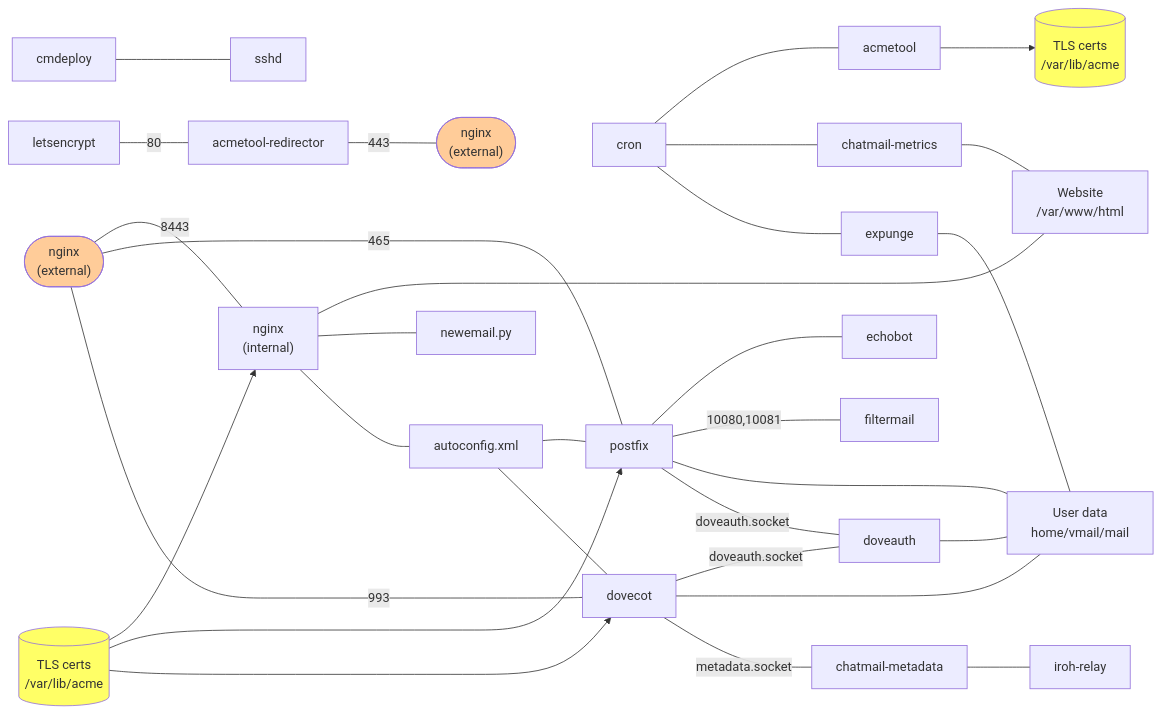
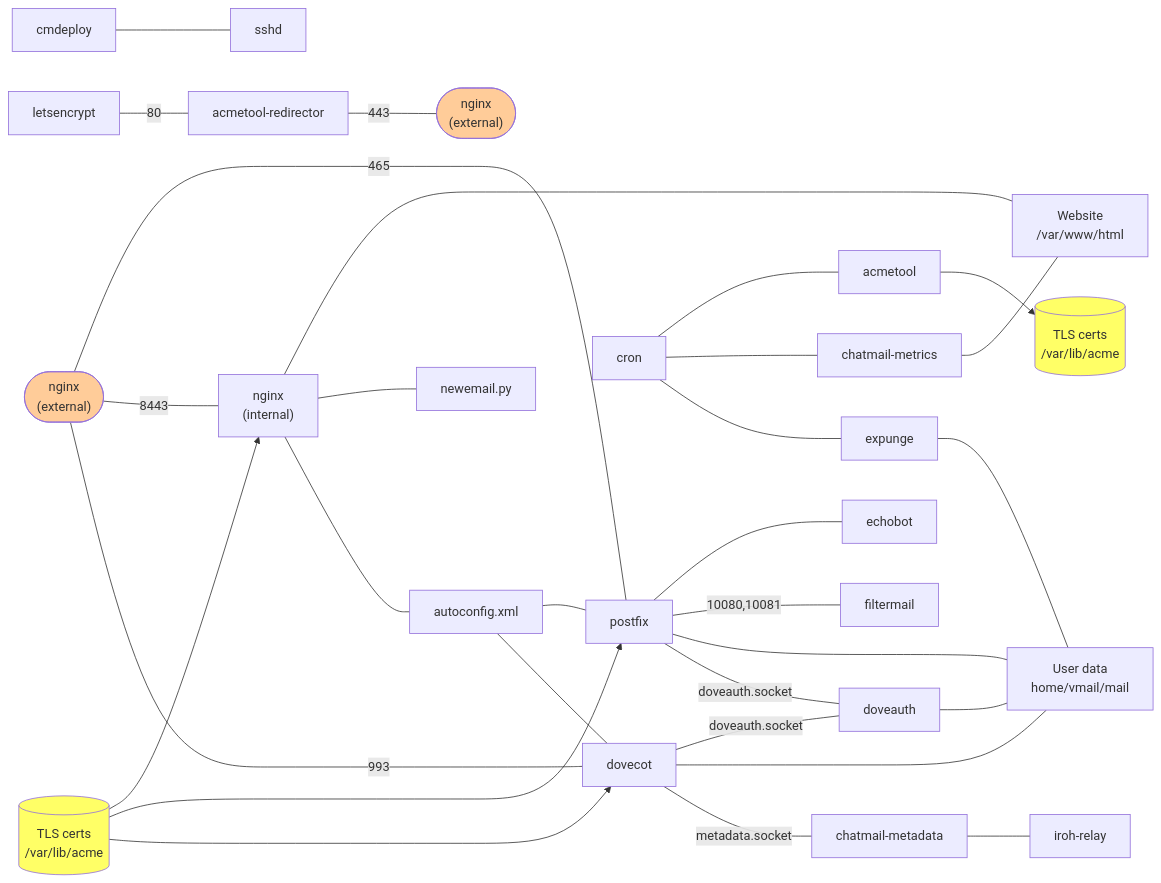
Before and after one commit to cliffmccarthy/chatmail-relay: the diagram in ARCHITECTURE.md, drawn with Mermaid. The commit also changed other lines of this file, not shown here.

````diff
--- a/ARCHITECTURE.md
+++ b/ARCHITECTURE.md
@@ -4,43 +4,43 @@
 ```mermaid
 graph LR;
     cmdeploy --- sshd;
     letsencrypt --- |80|acmetool-redirector;
     acmetool-redirector --- |443|nginx-right(["`nginx
     (external)`"]);
+    nginx --- |465|postfix;
     nginx(["`nginx
     (external)`"]) --- |8443|nginx-internal["`nginx
     (internal)`"];
     nginx-internal --- website["`Website
     /var/www/html`"];
     nginx-internal --- newemail.py;
     nginx-internal --- autoconfig.xml;
     certs-nginx[("`TLS certs
     /var/lib/acme`")] --> nginx-internal;
     cron --- acmetool;
     cron --- chatmail-metrics;
     cron --- expunge;
     chatmail-metrics --- website;
     acmetool --> certs[("`TLS certs
     /var/lib/acme`")];
-    nginx --- |465|postfix;
     nginx --- |993|dovecot;
     autoconfig.xml --- postfix;
     autoconfig.xml --- dovecot;
     postfix --- echobot;
     postfix --- |10080,10081|filtermail;
     postfix --- users["`User data
     home/vmail/mail`"];
     postfix --- |doveauth.socket|doveauth;
     dovecot --- |doveauth.socket|doveauth;
     dovecot --- users;
     dovecot --- |metadata.socket|chatmail-metadata;
     doveauth --- users;
     expunge --- users;
     chatmail-metadata --- iroh-relay;
     certs-nginx --> postfix;
     certs-nginx --> dovecot;
     style certs fill:#ff6;
     style certs-nginx fill:#ff6;
     style nginx fill:#fc9;
     style nginx-right fill:#fc9;
 ```
````
